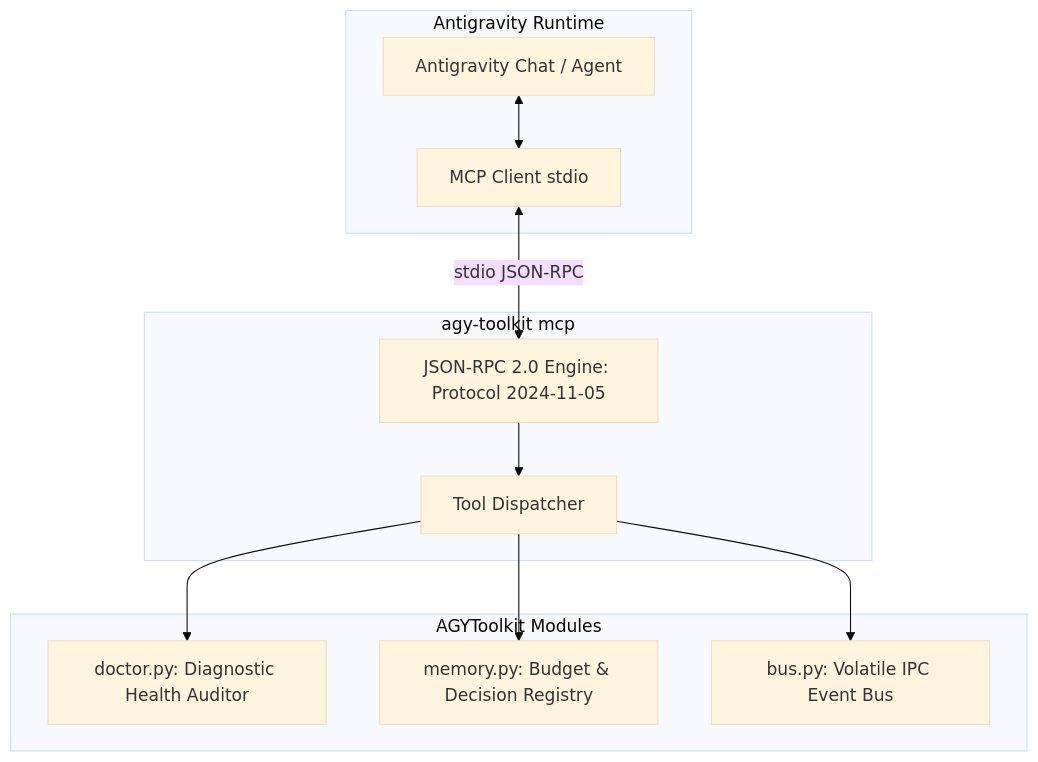
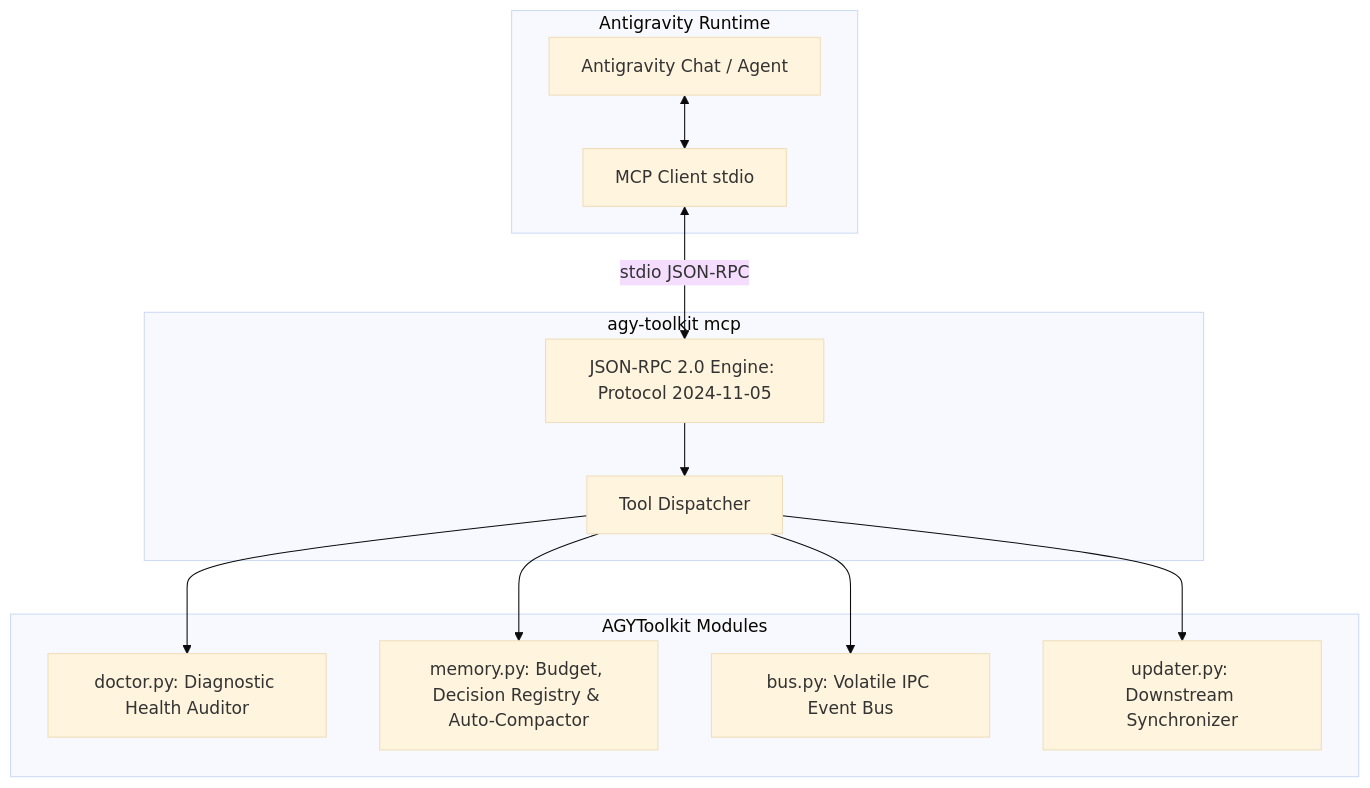
The diagram in docs/mcp_server.md (OneEyedDragon1102/AGYToolkit), drawn with Mermaid (base theme) before and after one commit. The commit also changed other lines of this file and 3 other files, not shown here.

Commit message:
docs(memory): update documentation for auto-compaction engine and mcp tool

````diff
--- a/docs/mcp_server.md
+++ b/docs/mcp_server.md
@@ -9,25 +9,27 @@
 ```mermaid
 flowchart TD
     subgraph HostEnvironment [Antigravity Runtime]
         Agent[Antigravity Chat / Agent]
         MCPClient[MCP Client stdio]
     end
 
     subgraph MCPServer [agy-toolkit mcp]
         Protocol[JSON-RPC 2.0 Engine: Protocol 2024-11-05]
         Dispatcher[Tool Dispatcher]
     end
 
     subgraph FrameworkEngine [AGYToolkit Modules]
         Doctor[doctor.py: Diagnostic Health Auditor]
-        Memory[memory.py: Budget & Decision Registry]
+        Memory[memory.py: Budget, Decision Registry & Auto-Compactor]
         Bus[bus.py: Volatile IPC Event Bus]
+        Updater[updater.py: Downstream Synchronizer]
     end
 
     Agent <--> MCPClient
     MCPClient <-->|stdio JSON-RPC| Protocol
     Protocol --> Dispatcher
     Dispatcher --> Doctor
     Dispatcher --> Memory
     Dispatcher --> Bus
+    Dispatcher --> Updater
 ```
````
